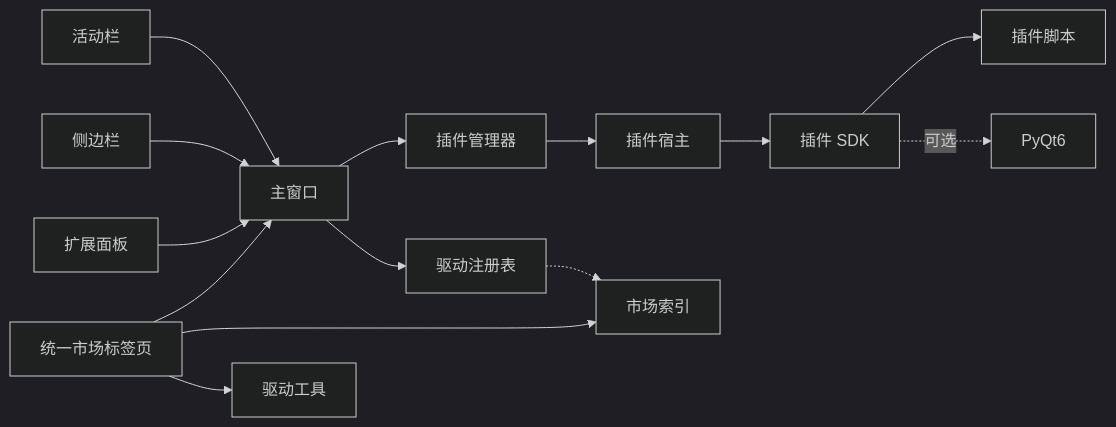
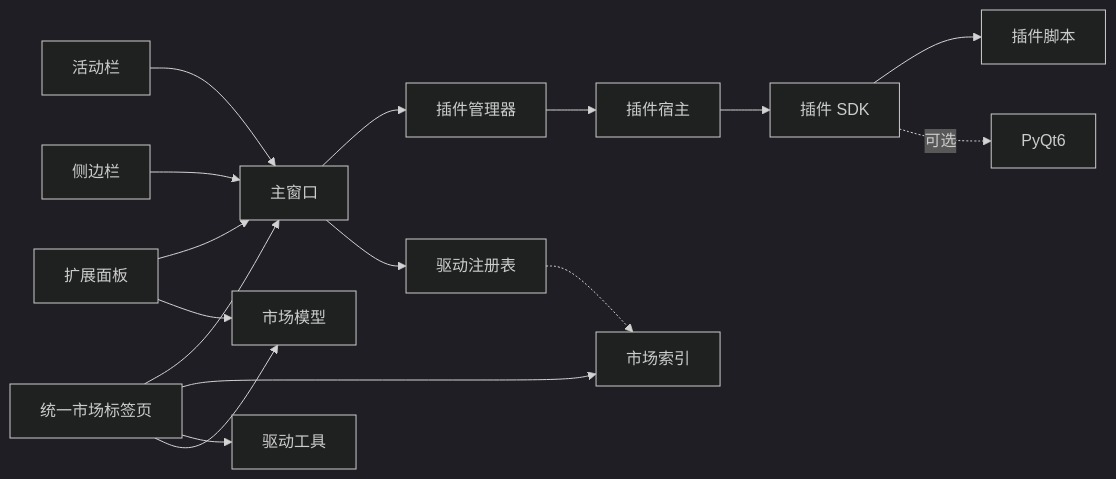
Diagram 12 of 12 in .qoder/repowiki/zh/content/架构设计/插件系统架构/扩展面板系统.md (jakecai1225-design/OpenBus), drawn with Mermaid (dark theme) before and after one commit. The commit also changed other lines of this file and 67 other files, not shown here.

````diff
--- a/.qoder/repowiki/zh/content/架构设计/插件系统架构/扩展面板系统.md
+++ b/.qoder/repowiki/zh/content/架构设计/插件系统架构/扩展面板系统.md
@@ -480,16 +594,18 @@
 ```mermaid
 graph LR
 AB["活动栏"] --> MW["主窗口"]
 SB["侧边栏"] --> MW
 EP["扩展面板"] --> MW
 MT["统一市场标签页"] --> MW
 MW --> PM["插件管理器"]
 MW --> DR["驱动注册表"]
 PM --> PH["插件宿主"]
 PH --> SDK["插件 SDK"]
 SDK --> PL["插件脚本"]
 MT --> MI["市场索引"]
 MT --> DT["驱动工具"]
+MT --> MM["市场模型"]
+EP --> MM
 DR -.-> MI
 SDK -.可选.-> PyQt6
 ```
````
